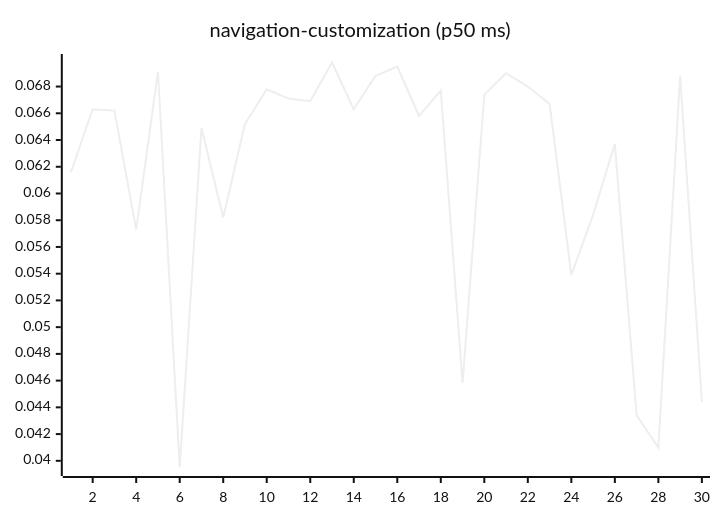
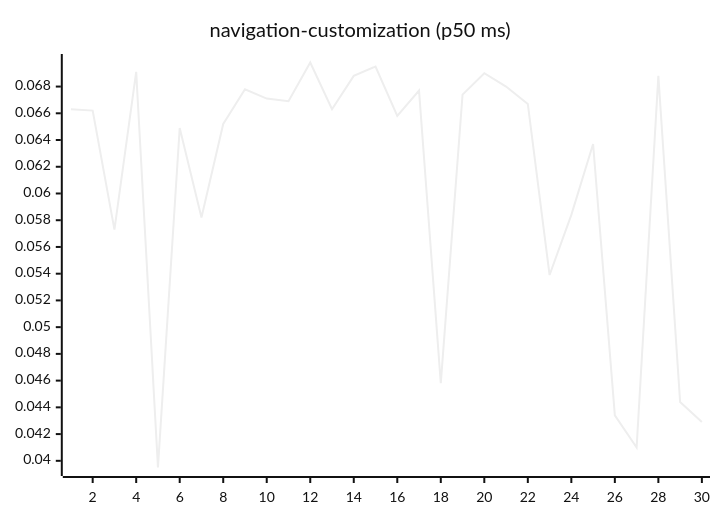
One commit to josha/Facet changed diagram 15 of 27 in README.md. Above: the diagram before and after it, drawn with Mermaid (neutral theme). The commit also changed other lines of this file and 2 other files, not shown here.

````diff
--- a/README.md
+++ b/README.md
@@ -161,6 +161,6 @@
 ```mermaid
 xychart-beta
     title "navigation-customization (p50 ms)"
     x-axis 1 --> 30
-    line [0.0616, 0.0663, 0.0662, 0.0573, 0.0691, 0.0395, 0.0649, 0.0582, 0.0652, 0.0678, 0.0671, 0.0669, 0.0698, 0.0663, 0.0688, 0.0695, 0.0658, 0.0677, 0.0458, 0.0674, 0.0690, 0.0680, 0.0667, 0.0539, 0.0584, 0.0637, 0.0434, 0.0410, 0.0688, 0.0444]
+    line [0.0663, 0.0662, 0.0573, 0.0691, 0.0395, 0.0649, 0.0582, 0.0652, 0.0678, 0.0671, 0.0669, 0.0698, 0.0663, 0.0688, 0.0695, 0.0658, 0.0677, 0.0458, 0.0674, 0.0690, 0.0680, 0.0667, 0.0539, 0.0584, 0.0637, 0.0434, 0.0410, 0.0688, 0.0444, 0.0429]
 ```
````
